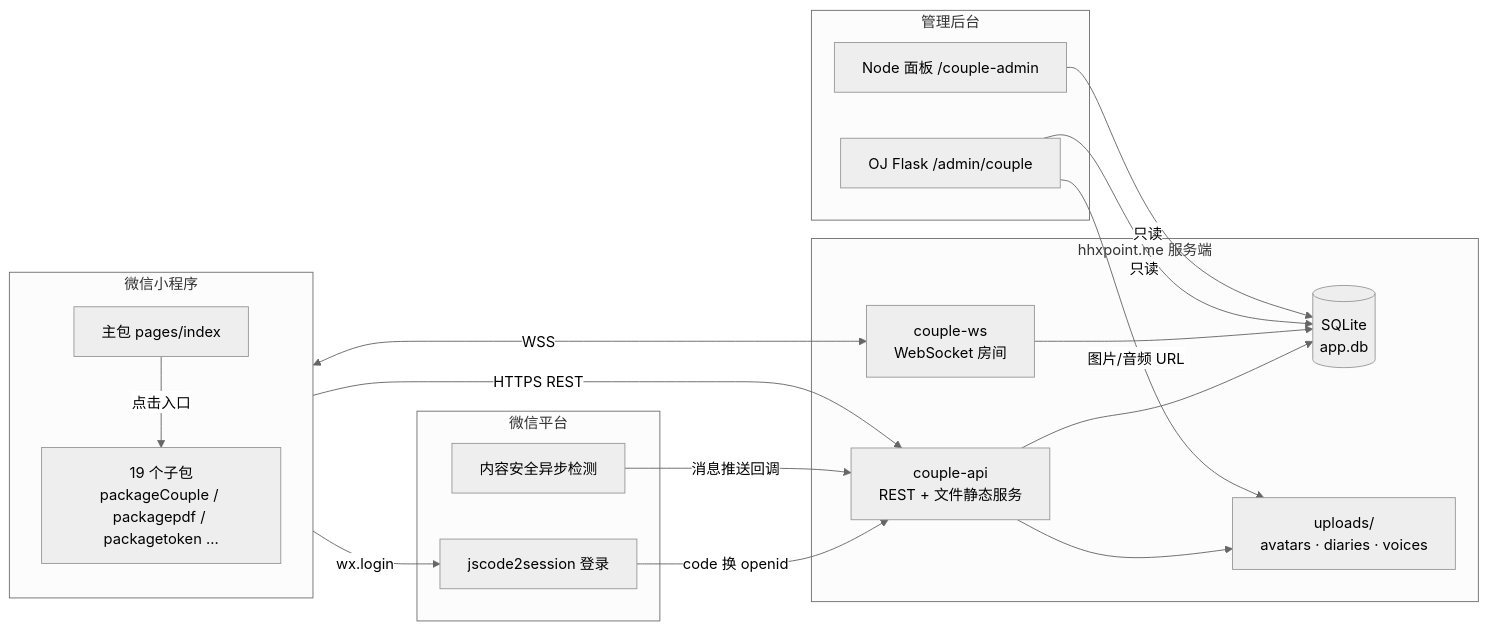
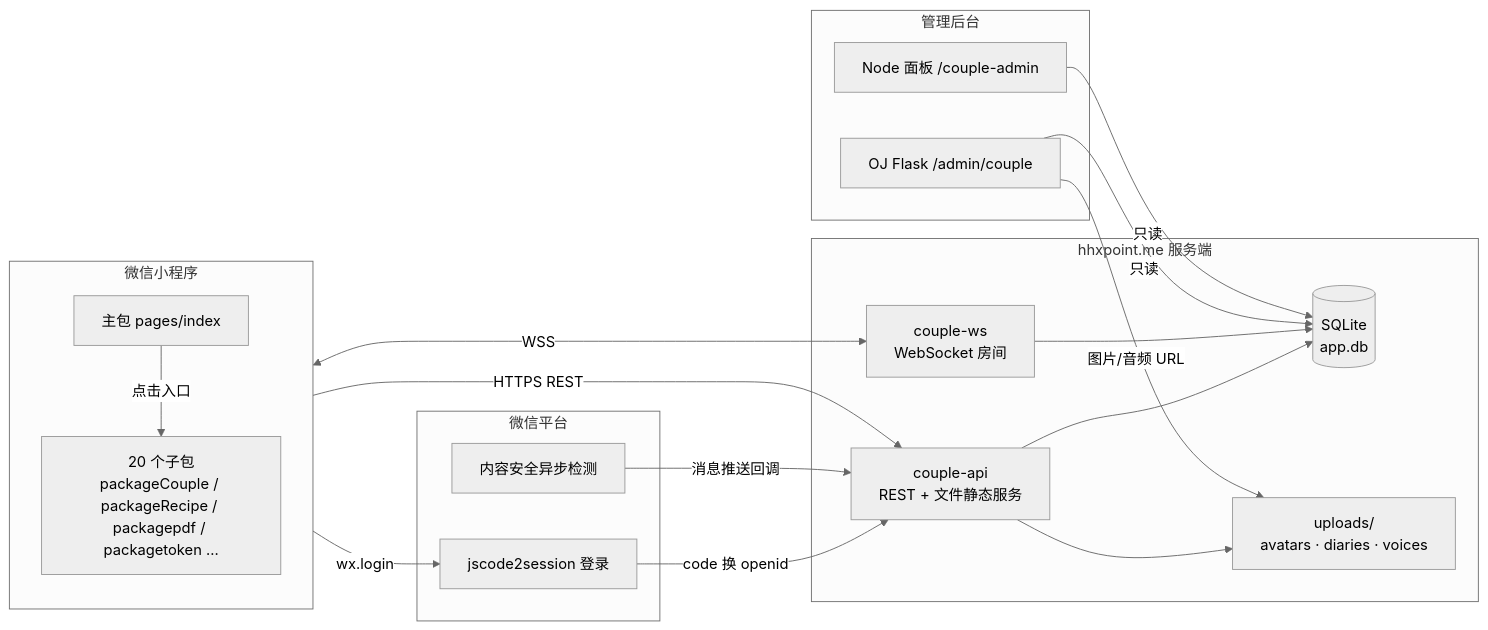
One commit to hhxpoint/answer changed the diagram in docs/architecture.md. Above: the diagram before and after it, drawn with Mermaid (neutral theme). The commit also changed other lines of this file and 62 other files, not shown here.

````diff
--- a/docs/architecture.md
+++ b/docs/architecture.md
@@ -22,37 +22,37 @@
 ```mermaid
 flowchart LR
     subgraph MP[微信小程序]
         IDX[主包 pages/index]
-        SUB[19 个子包<br/>packageCouple / packagepdf / packagetoken ...]
+        SUB[20 个子包<br/>packageCouple / packageRecipe / packagepdf / packagetoken ...]
         IDX -->|点击入口| SUB
     end
 
     subgraph SRV[hhxpoint.me 服务端]
         API[couple-api<br/>REST + 文件静态服务]
         WS[couple-ws<br/>WebSocket 房间]
         DB[(SQLite<br/>app.db)]
         UP[uploads/<br/>avatars · diaries · voices]
         API --> DB
         WS --> DB
         API --> UP
     end
 
     subgraph ADMIN[管理后台]
         OJ[OJ Flask /admin/couple]
         PANEL[Node 面板 /couple-admin]
         OJ -->|只读| DB
         PANEL -->|只读| DB
     end
 
     subgraph WX[微信平台]
         LOGIN[jscode2session 登录]
         SEC[内容安全异步检测]
     end
 
     MP -->|HTTPS REST| API
     MP <-->|WSS| WS
     MP -->|wx.login| LOGIN
     LOGIN -->|code 换 openid| API
     SEC -->|消息推送回调| API
     OJ -->|图片/音频 URL| UP
 ```
````
